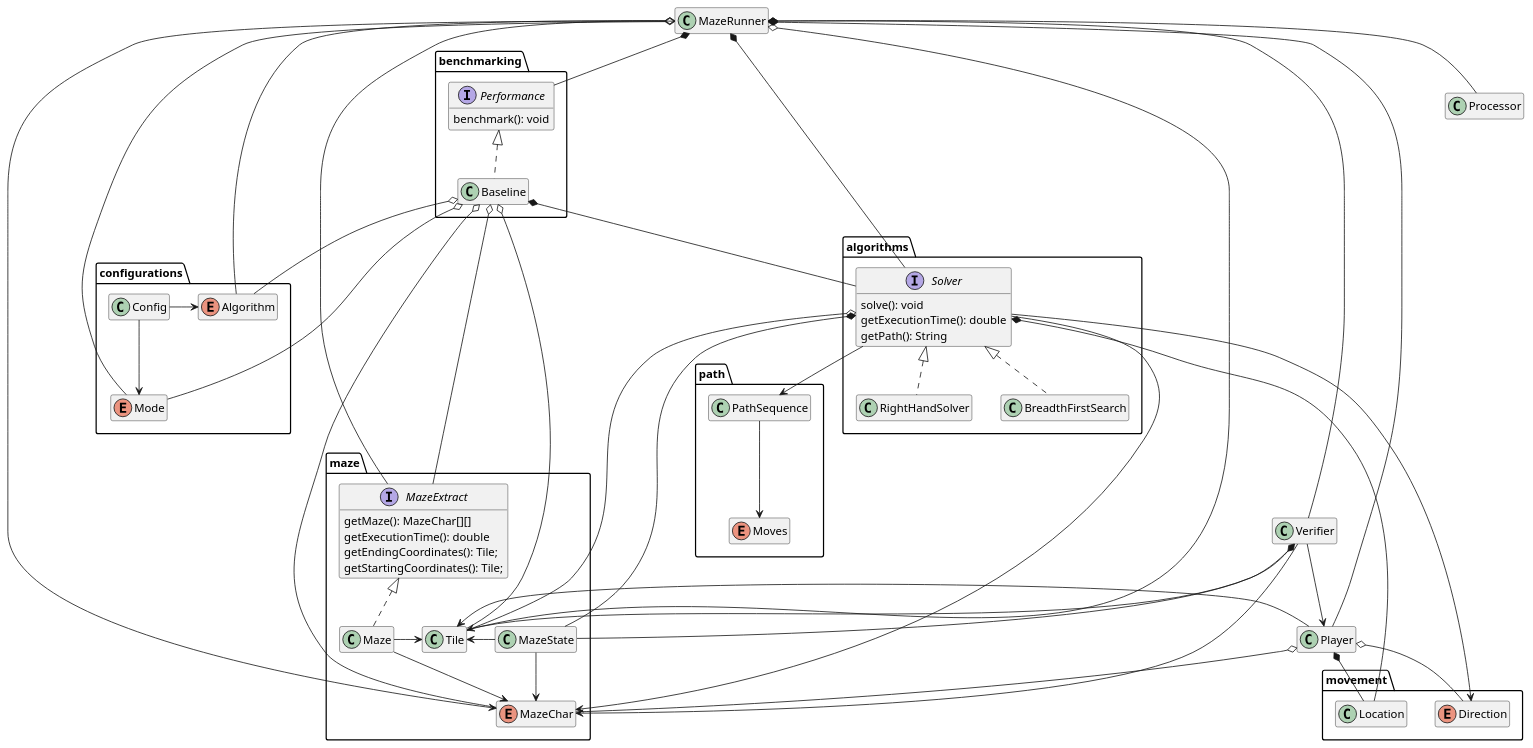
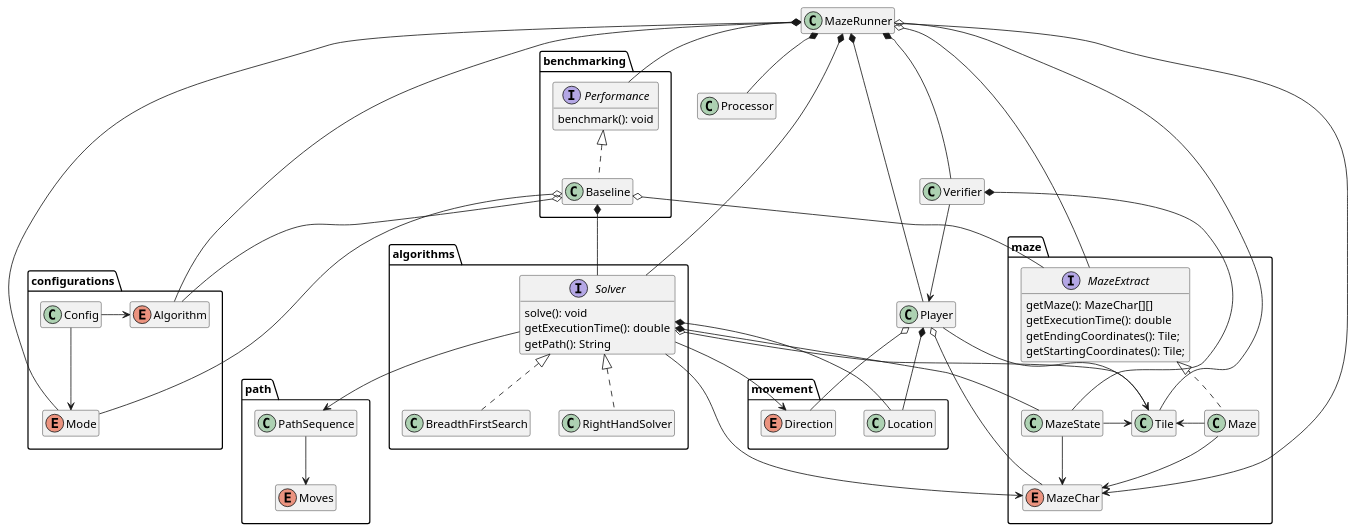
The diagram in src/plantuml/class.plantuml (vikramC04/maze-runner), drawn with PlantUML before and after one commit. The commit also changed 10 other files, not shown here.

```diff
--- a/src/plantuml/class.plantuml
+++ b/src/plantuml/class.plantuml
@@ -1,103 +1,99 @@
 @startuml Class Diagram
 
 package movement {
   enum Direction
   class Location
 }
 
 package algorithms {
   interface Solver {
     solve(): void
     getExecutionTime(): double
     getPath(): String
   }
   class BreadthFirstSearch implements Solver
   class RightHandSolver implements Solver
 }
 
 package benchmarking {
   interface Performance {
     benchmark(): void 
   }
   class Baseline implements Performance
 }
 
 package maze {
   interface MazeExtract {
     getMaze(): MazeChar[][] 
     getExecutionTime(): double
     getEndingCoordinates(): Tile;
     getStartingCoordinates(): Tile;
   }
   class Maze implements MazeExtract 
   enum MazeChar
   class MazeState
   class Tile
 }
 
 
 package configurations {
   class Config
   enum Algorithm
   enum Mode
 }
 
 package path {
   enum Moves
   class PathSequence
 }
 
 class MazeRunner
 class Player
 class Processor
 class Verifier
 
-Solver ---> MazeChar
+Solver --> MazeChar
 Solver o-- Tile
-Solver ----> Direction
-Solver *----- MazeState
-Solver *----- Location
+Solver --> Direction
+Solver *-- MazeState
+Solver *-- Location
 Solver --> PathSequence
 
-Baseline o--- MazeChar
-Baseline o-- Tile
 Baseline o-- MazeExtract
 Baseline o-- Algorithm
 Baseline o-- Mode
 Baseline *-- Solver
 
 Config -> Algorithm
 Config --> Mode
 
 Maze --> MazeChar
 Maze -> Tile
 
 MazeState -> MazeChar
 MazeState -> Tile
 
 MazeRunner -> MazeChar
 MazeRunner o- Tile
 MazeRunner o- MazeExtract
 MazeRunner o--- Algorithm
 MazeRunner o--- Mode
 MazeRunner *-- Solver
 MazeRunner *-- Player
 MazeRunner *-- Processor
 MazeRunner *-- Performance
 MazeRunner *-- Verifier
 
 Player *-- Location
 Player o- Direction
 Player -> Tile
 Player o-- MazeChar
 
-Verifier --> Tile
 Verifier --> Player
-Verifier --> MazeChar
 Verifier *-- MazeState
 
 PathSequence --> Moves
 
 
 hide empty members
 @enduml 
```
